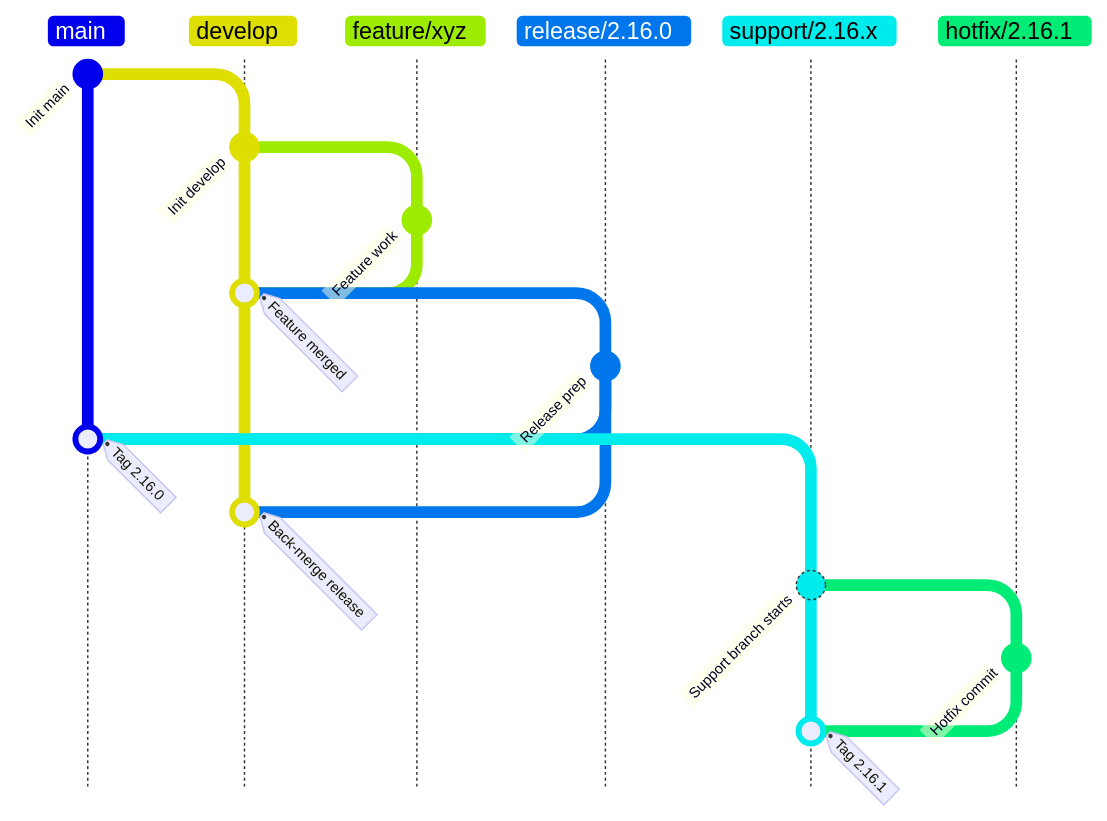
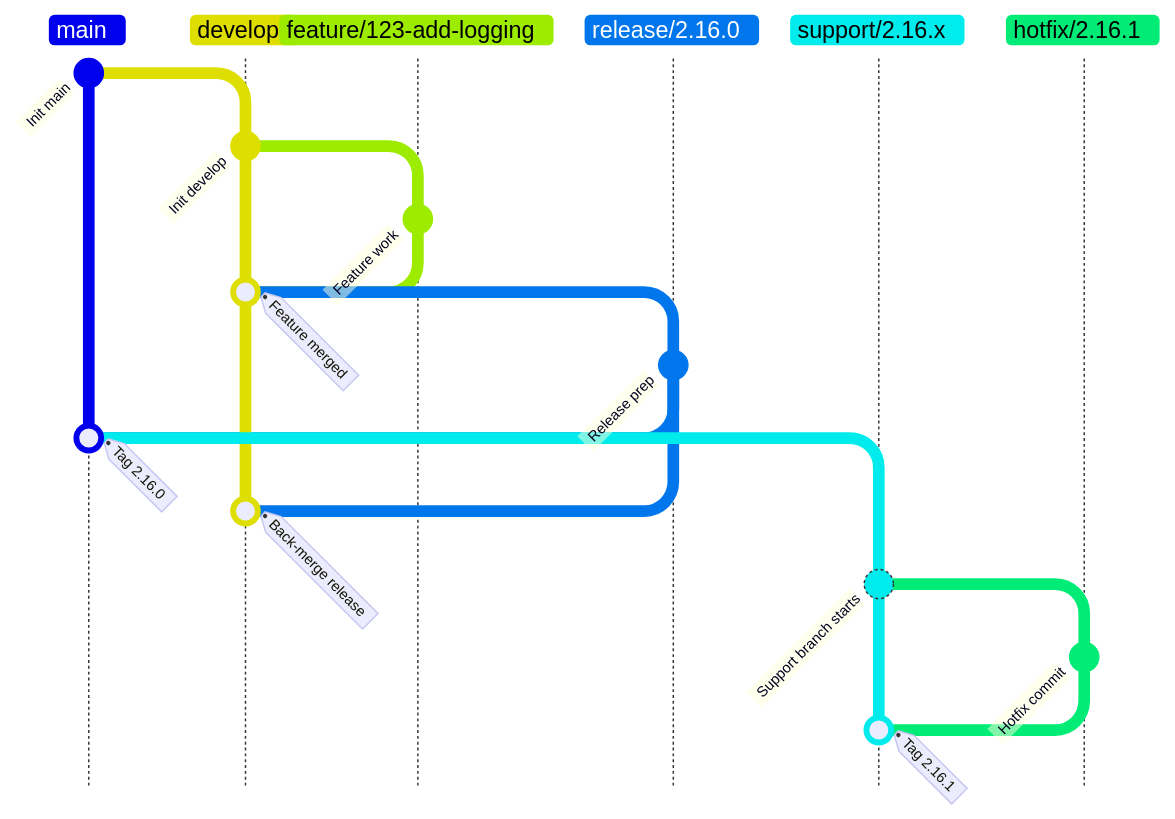
One commit to rdkcentral/rdk-halif-aidl changed the first of 3 diagrams in docs/standards/git_flow_branching_strategy.md. Above: the diagram before and after it, drawn with Mermaid. The commit also changed other lines of this file and 3 other files, not shown here.

````diff
--- a/docs/standards/git_flow_branching_strategy.md
+++ b/docs/standards/git_flow_branching_strategy.md
@@ -32,25 +32,25 @@
 ```mermaid
 gitGraph TB:
    commit id: "Init main"
    branch develop
    checkout develop
    commit id: "Init develop"
-   branch feature/xyz
+   branch feature/123-add-logging
    commit id: "Feature work"
    checkout develop
-   merge feature/xyz tag: "Feature merged"
+   merge feature/123-add-logging tag: "Feature merged"
    branch release/2.16.0
    commit id: "Release prep"
    checkout main
    merge release/2.16.0 tag: "Tag 2.16.0"
    branch support/2.16.x
    checkout develop
    merge release/2.16.0 tag: "Back-merge release"
    checkout support/2.16.x
    commit id: "Support branch starts"
    branch hotfix/2.16.1
    commit id: "Hotfix commit"
    checkout support/2.16.x
    merge hotfix/2.16.1 tag: "Tag 2.16.1"
 
 ```
````
